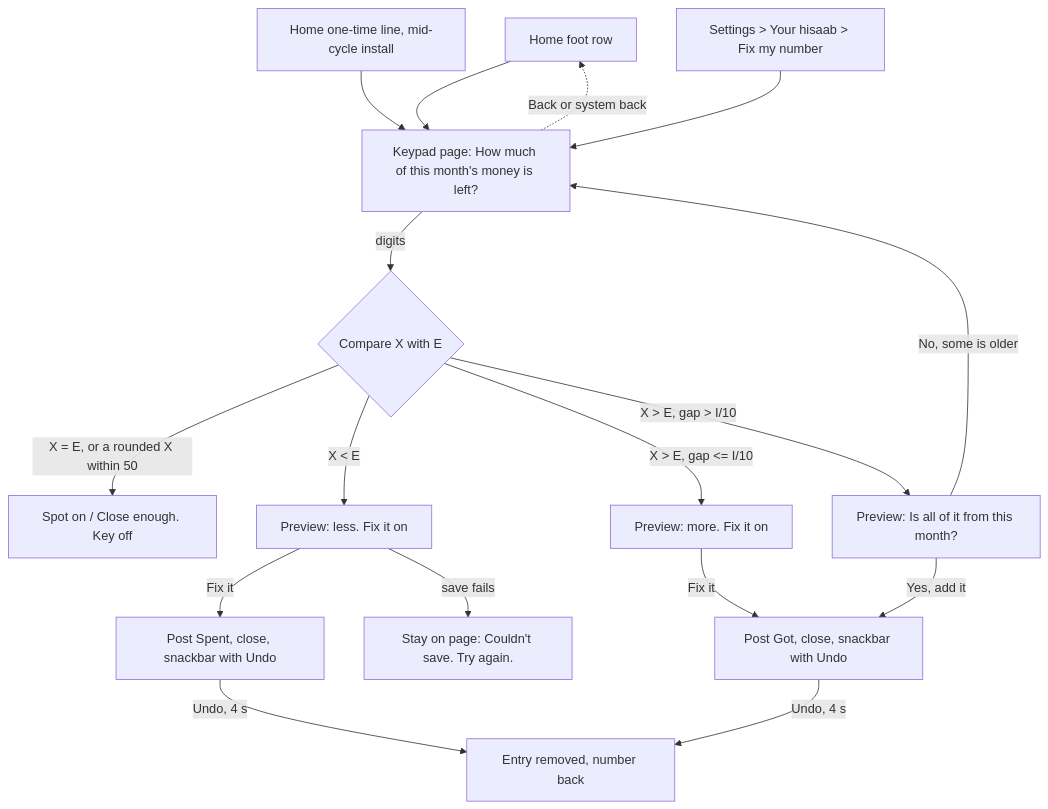
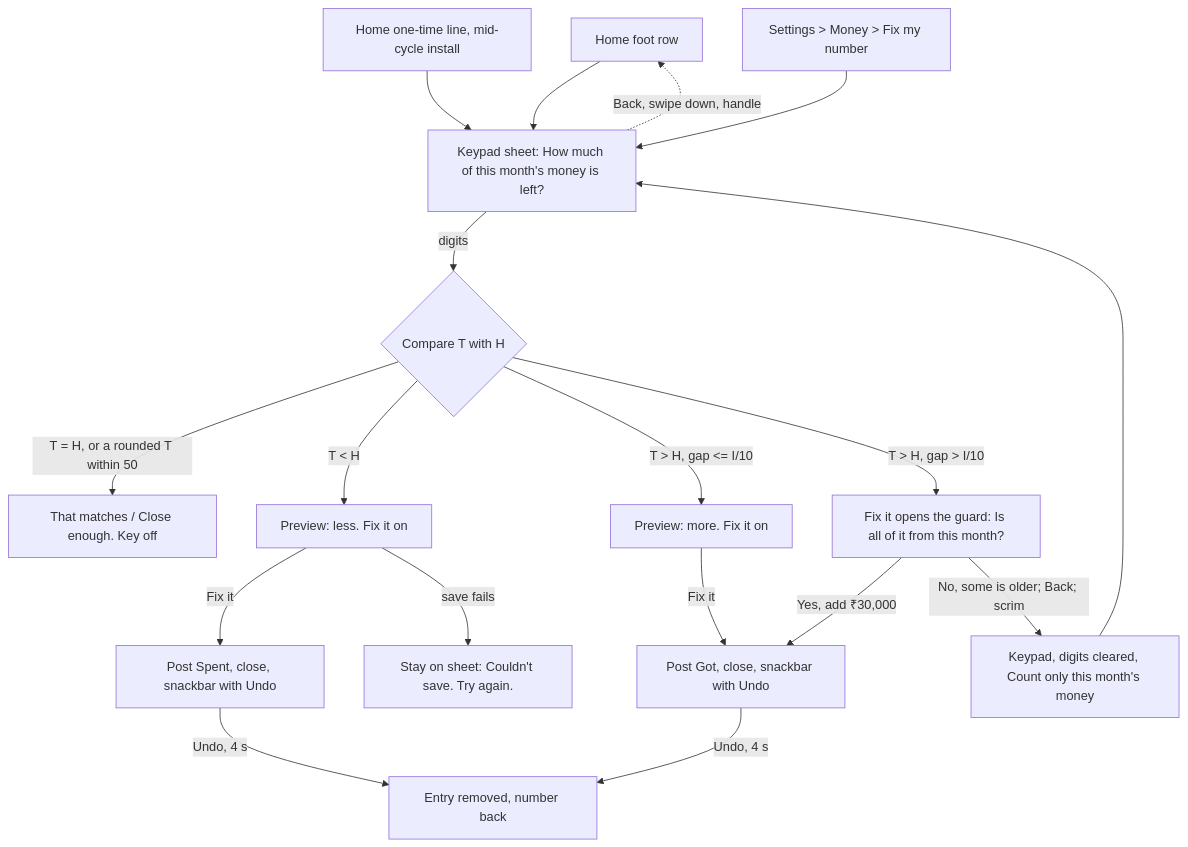
One commit to tejas-su/hisaab changed the diagram in docs/features/fix-my-number/01-ux-flow.md. Above: the diagram before and after it, drawn with Mermaid. The commit also changed other lines of this file and 195 other files, not shown here.

First line of the commit message:
Add tests for BillsPage savings footer and enhance income sheet functionality

````diff
--- a/docs/features/fix-my-number/01-ux-flow.md
+++ b/docs/features/fix-my-number/01-ux-flow.md
@@ -64,19 +64,20 @@
 ```mermaid
 flowchart TD
   H[Home foot row] --> P
   N[Home one-time line, mid-cycle install] --> P
-  S[Settings > Your hisaab > Fix my number] --> P
-  P[Keypad page: How much of this month's money is left?] -->|digits| V{Compare X with E}
-  V -->|X = E, or a rounded X within 50| EQ[Spot on / Close enough. Key off]
-  V -->|X < E| LO[Preview: less. Fix it on]
-  V -->|X > E, gap <= I/10| HI[Preview: more. Fix it on]
-  V -->|X > E, gap > I/10| BIG[Preview: Is all of it from this month?]
+  S[Settings > Money > Fix my number] --> P
+  P[Keypad sheet: How much of this month's money is left?] -->|digits| V{Compare T with H}
+  V -->|T = H, or a rounded T within 50| EQ[That matches / Close enough. Key off]
+  V -->|T < H| LO[Preview: less. Fix it on]
+  V -->|T > H, gap <= I/10| HI[Preview: more. Fix it on]
+  V -->|T > H, gap > I/10| BIG[Fix it opens the guard: Is all of it from this month?]
   LO -->|Fix it| SV[Post Spent, close, snackbar with Undo]
   HI -->|Fix it| SV2[Post Got, close, snackbar with Undo]
-  BIG -->|Yes, add it| SV2
-  BIG -->|No, some is older| P
-  SV -->|Undo, 4 s| P0[Entry removed, number back]
-  SV2 -->|Undo, 4 s| P0
-  P -. Back or system back .-> H
-  LO -->|save fails| F[Stay on page: Couldn't save. Try again.]
+  BIG -->|Yes, add ₹30,000| SV2
+  BIG -->|No, some is older; Back; scrim| P0[Keypad, digits cleared, Count only this month's money]
+  P0 --> P
+  SV -->|Undo, 4 s| P1[Entry removed, number back]
+  SV2 -->|Undo, 4 s| P1
+  P -. Back, swipe down, handle .-> H
+  LO -->|save fails| F[Stay on sheet: Couldn't save. Try again.]
 ```
````
